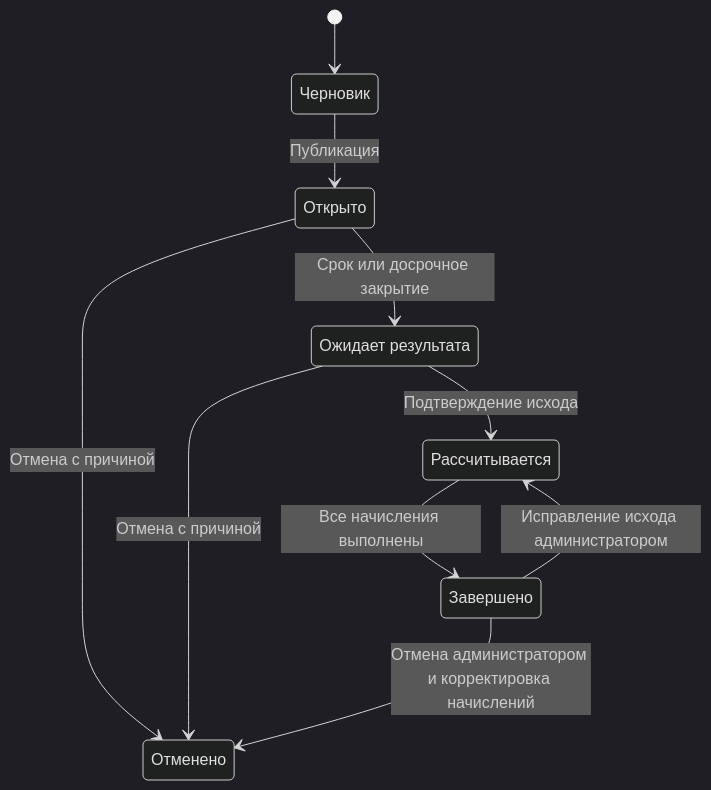
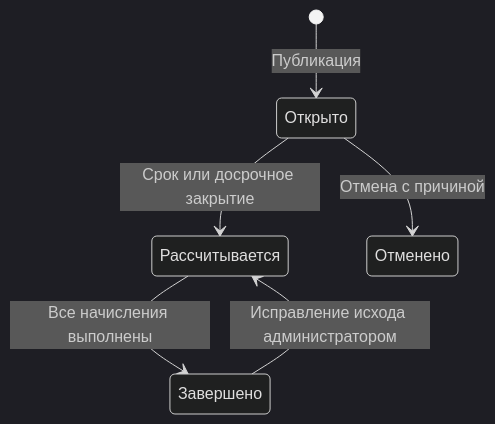
The diagram in README.md (miatniykaras13/Predictify), drawn with Mermaid (dark theme) before and after one commit.

````diff
--- a/README.md
+++ b/README.md
@@ -77,19 +77,13 @@
 ```mermaid
 stateDiagram-v2
-    state "Черновик" as Draft
     state "Открыто" as Open
-    state "Ожидает результата" as Awaiting
     state "Рассчитывается" as Calculating
     state "Завершено" as Completed
     state "Отменено" as Cancelled
 
-    [*] --> Draft
-    Draft --> Open: Публикация
-    Open --> Awaiting: Срок или досрочное закрытие
-    Awaiting --> Calculating: Подтверждение исхода
+    [*] --> Open: Публикация
+    Open --> Calculating: Срок или досрочное закрытие
     Calculating --> Completed: Все начисления выполнены
     Open --> Cancelled: Отмена с причиной
-    Awaiting --> Cancelled: Отмена с причиной
     Completed --> Calculating: Исправление исхода администратором
-    Completed --> Cancelled: Отмена администратором и корректировка начислений
 ```
````
